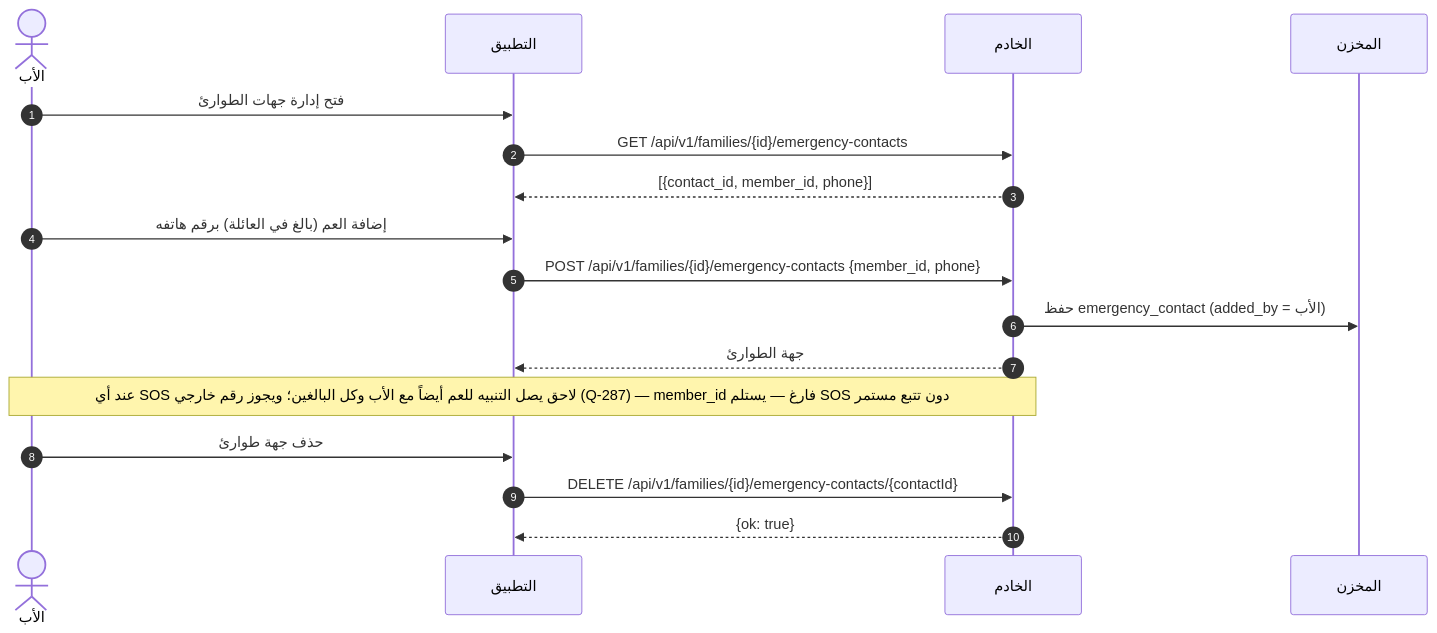
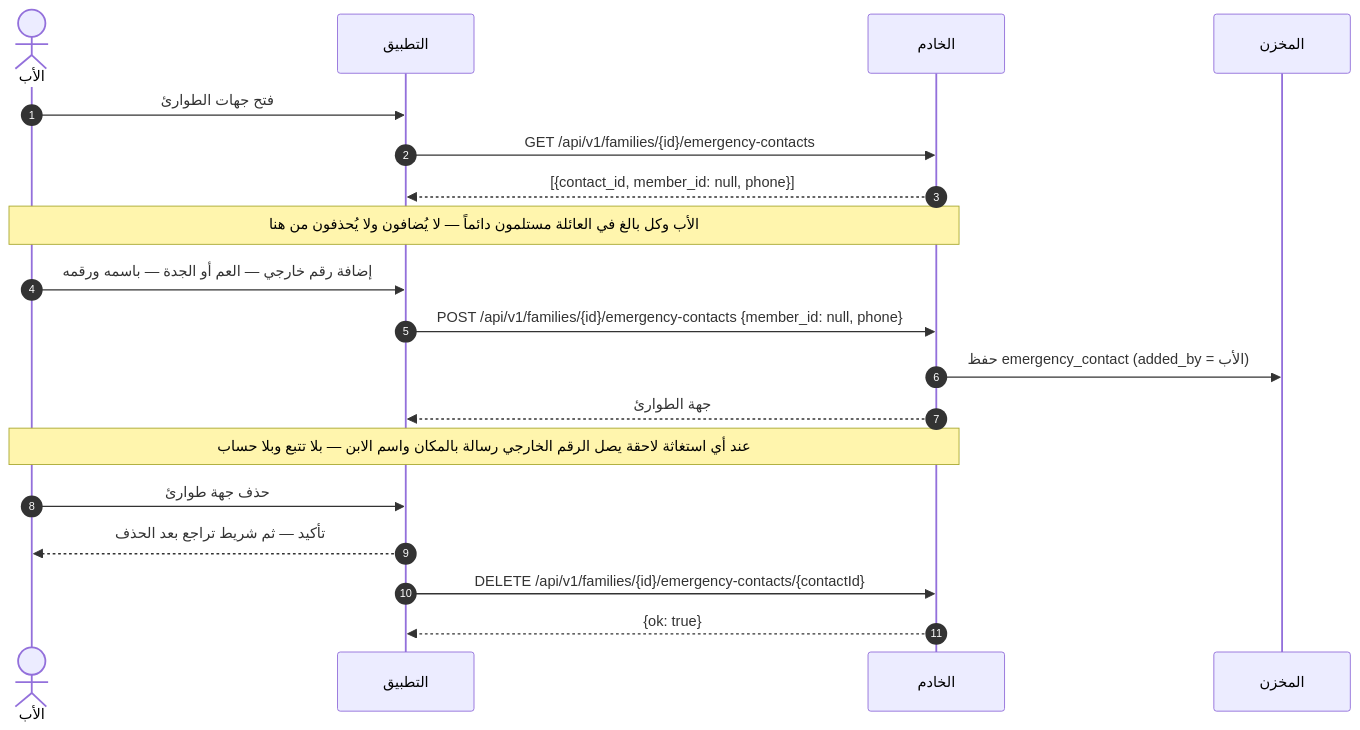
Before and after one commit to Bassam-mohammed-alqaeadi/family-os-v2: the eighth of 17 diagrams in docs/family-os/governance/phases/phase-1/S1-07-location-basic/DIAGRAMS.md, drawn with Mermaid. The commit also changed other lines of this file and 22 other files, not shown here.

First line of the commit message:
docs(phase-1): redraw diagrams of the ten systems on the approved design (Q-428)

````diff
--- a/docs/family-os/governance/phases/phase-1/S1-07-location-basic/DIAGRAMS.md
+++ b/docs/family-os/governance/phases/phase-1/S1-07-location-basic/DIAGRAMS.md
@@ -343,19 +373,21 @@
 ```mermaid
 sequenceDiagram
     autonumber
     actor Father as الأب
     participant Flutter as التطبيق
     participant Ktor as الخادم
     participant PG as المخزن
-    Father->>Flutter: فتح إدارة جهات الطوارئ
+    Father->>Flutter: فتح جهات الطوارئ
     Flutter->>Ktor: GET /api/v1/families/{id}/emergency-contacts
-    Ktor-->>Flutter: [{contact_id, member_id, phone}]
-    Father->>Flutter: إضافة العم (بالغ في العائلة) برقم هاتفه
-    Flutter->>Ktor: POST /api/v1/families/{id}/emergency-contacts {member_id, phone}
+    Ktor-->>Flutter: [{contact_id, member_id: null, phone}]
+    Note over Father,Ktor: الأب وكل بالغ في العائلة مستلمون دائماً — لا يُضافون ولا يُحذفون من هنا
+    Father->>Flutter: إضافة رقم خارجي — العم أو الجدة — باسمه ورقمه
+    Flutter->>Ktor: POST /api/v1/families/{id}/emergency-contacts {member_id: null, phone}
     Ktor->>PG: حفظ emergency_contact (added_by = الأب)
     Ktor-->>Flutter: جهة الطوارئ
-    Note over Father,Ktor: عند أي SOS لاحق يصل التنبيه للعم أيضاً مع الأب وكل البالغين؛ ويجوز رقم خارجي (Q-287) — member_id فارغ — يستلم SOS دون تتبع مستمر
+    Note over Father,Ktor: عند أي استغاثة لاحقة يصل الرقم الخارجي رسالة بالمكان واسم الابن — بلا تتبع وبلا حساب
     Father->>Flutter: حذف جهة طوارئ
+    Flutter-->>Father: تأكيد — ثم شريط تراجع بعد الحذف
     Flutter->>Ktor: DELETE /api/v1/families/{id}/emergency-contacts/{contactId}
     Ktor-->>Flutter: {ok: true}
 ```
````
